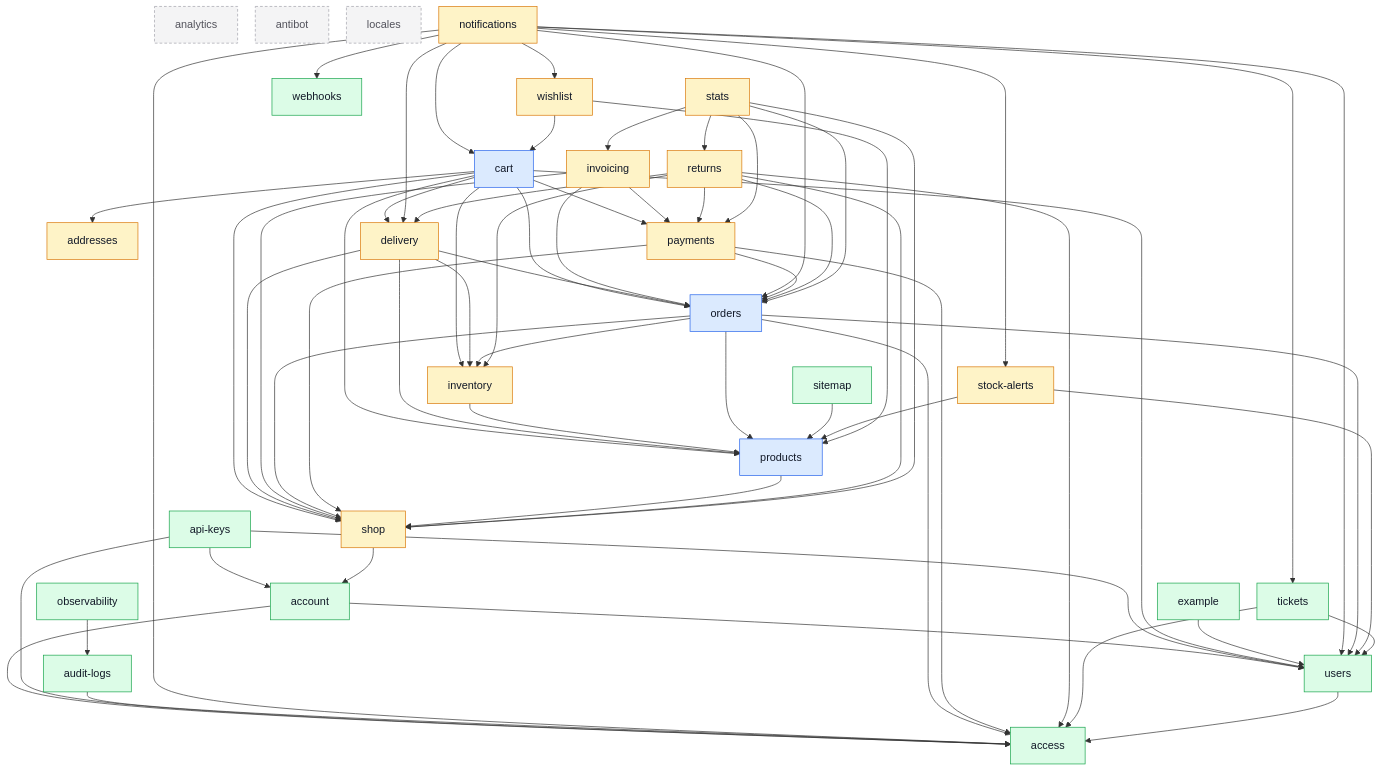
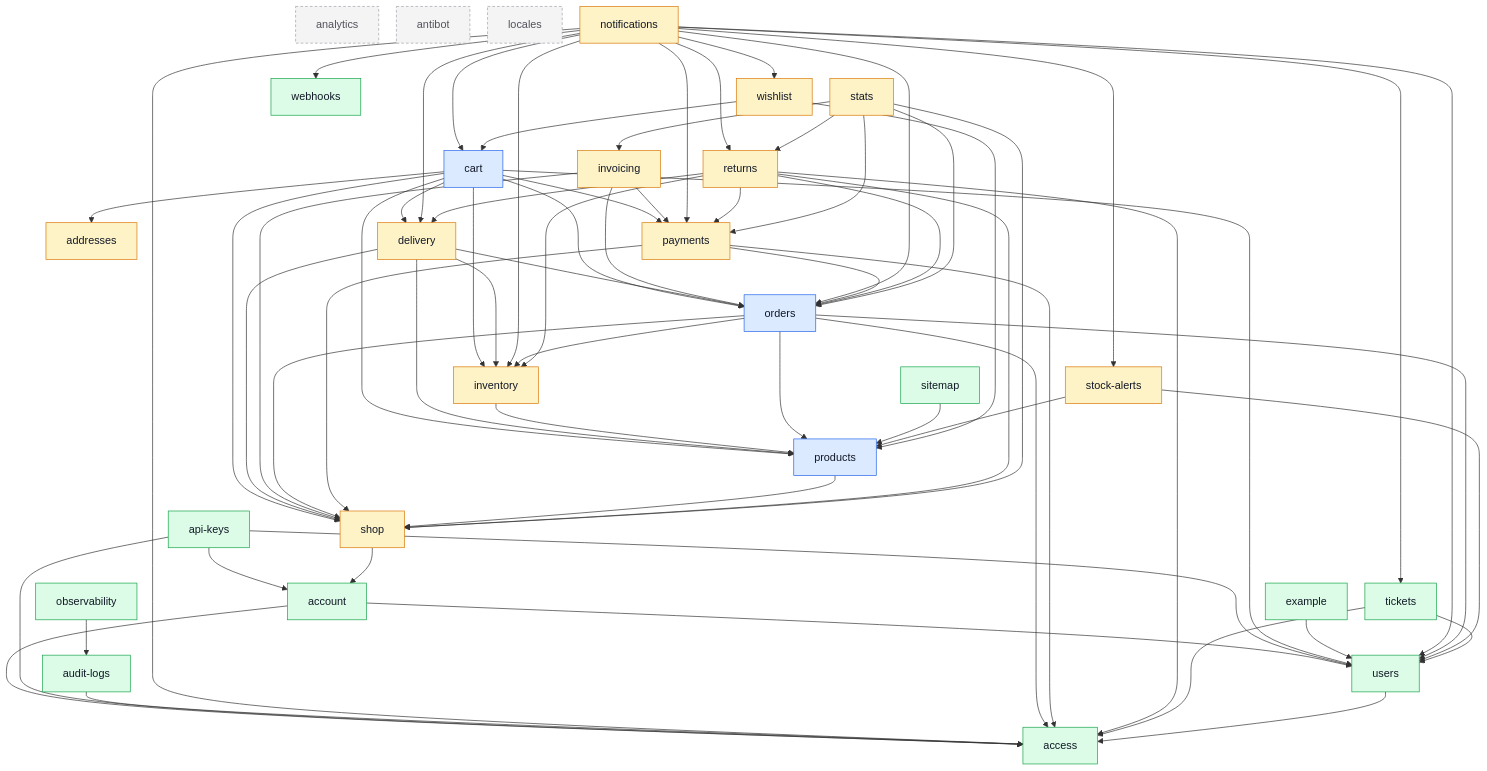
Before and after one commit to Guebbit/boilerplate-node-backend: the diagram in docs/modules/index.md, drawn with Mermaid. The commit also changed other lines of this file and 50 other files, not shown here.

```diff
--- a/docs/modules/index.md
+++ b/docs/modules/index.md
@@ -94,7 +94,10 @@
     notifications --> access
     notifications --> cart
     notifications --> delivery
+    notifications --> inventory
     notifications --> orders
+    notifications --> payments
+    notifications --> returns
     notifications --> stock_alerts
     notifications --> tickets
     notifications --> users
```
